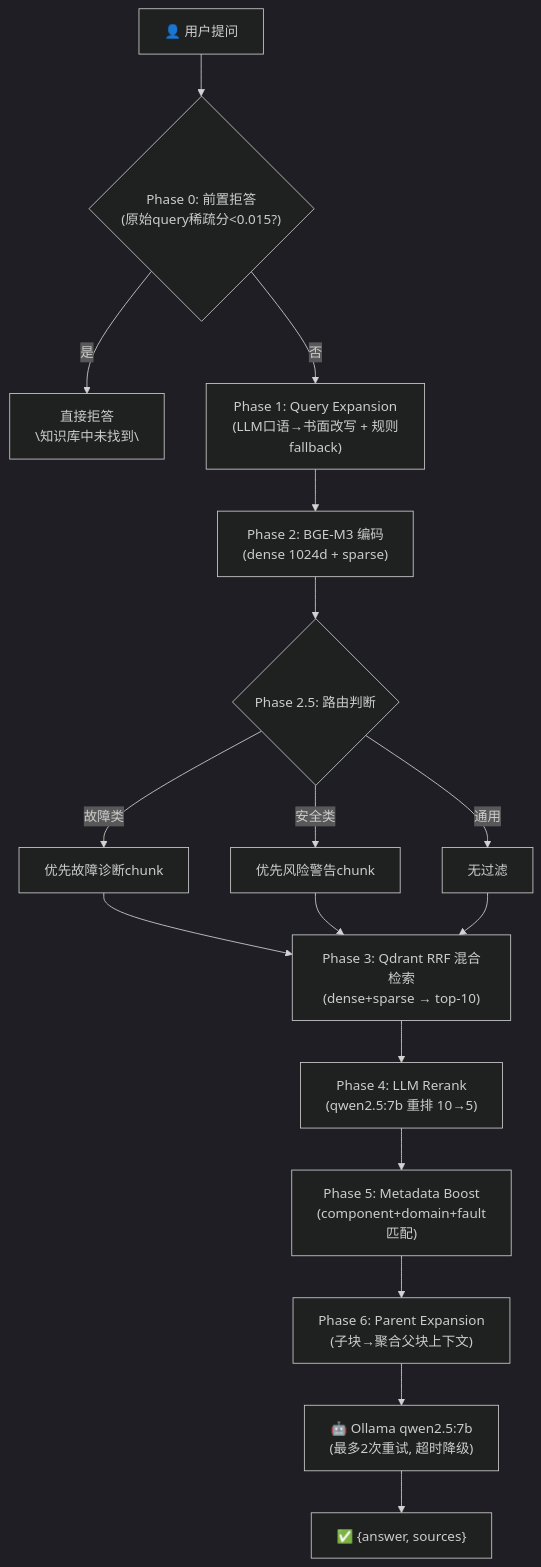
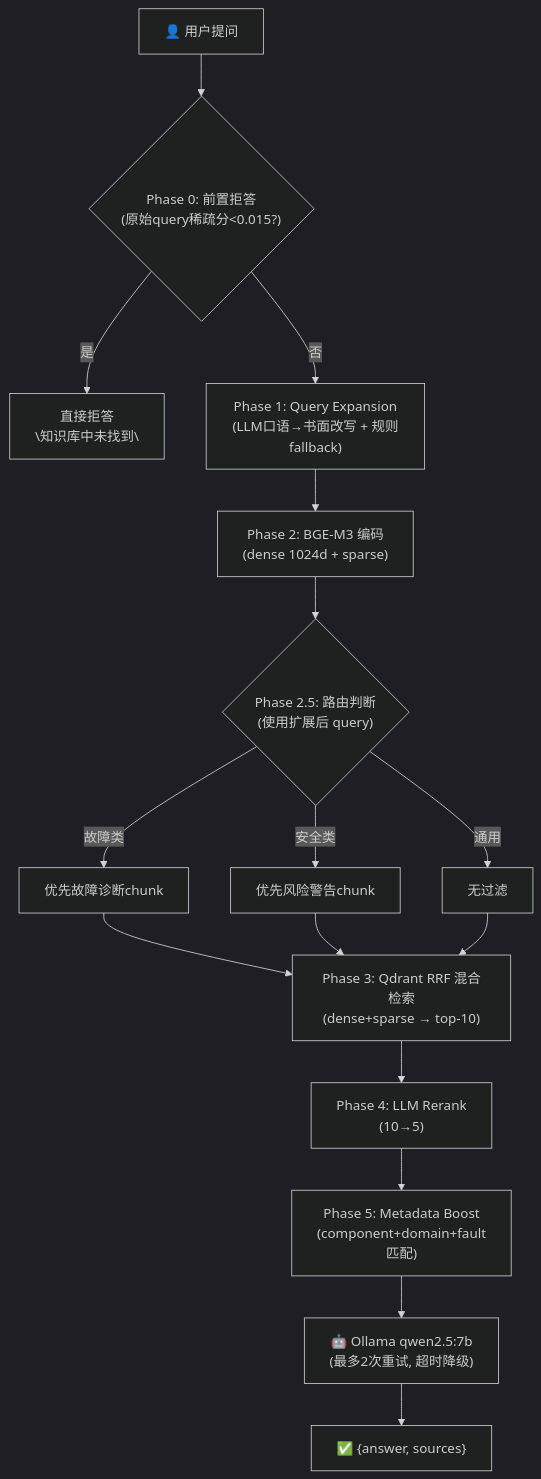
One commit to chaoyongmingyue/ebike-manual-rag changed the second of 2 diagrams in README.md. Above: the diagram before and after it, drawn with Mermaid (dark theme). The commit also changed other lines of this file and 2 other files, not shown here.

First line of the commit message:
v6.2: Phase 0 in stream, remove Phase 6, route uses expanded query, README tech details, pipeline UI 7-stage

````diff
--- a/README.md
+++ b/README.md
@@ -30,19 +30,18 @@
 ```mermaid
 flowchart TD
     Q["👤 用户提问"] --> REJECT{"Phase 0: 前置拒答\n(原始query稀疏分<0.015?)"}
     REJECT -->|是| RJ["直接拒答\n\"知识库中未找到\""]
     REJECT -->|否| QEXP["Phase 1: Query Expansion\n(LLM口语→书面改写 + 规则fallback)"]
     QEXP --> ENC["Phase 2: BGE-M3 编码\n(dense 1024d + sparse)"]
-    ENC --> ROUTE{"Phase 2.5: 路由判断"}
+    ENC --> ROUTE{"Phase 2.5: 路由判断\n(使用扩展后 query)"}
     ROUTE -->|故障类| FAULT["优先故障诊断chunk"]
     ROUTE -->|安全类| SAFE["优先风险警告chunk"]
     ROUTE -->|通用| GENROUTE["无过滤"]
     FAULT --> SEARCH["Phase 3: Qdrant RRF 混合检索\n(dense+sparse → top-10)"]
     SAFE --> SEARCH
     GENROUTE --> SEARCH
-    SEARCH --> RERANK["Phase 4: LLM Rerank\n(qwen2.5:7b 重排 10→5)"]
+    SEARCH --> RERANK["Phase 4: LLM Rerank\n(10→5)"]
     RERANK --> BOOST["Phase 5: Metadata Boost\n(component+domain+fault匹配)"]
-    BOOST --> PARENT["Phase 6: Parent Expansion\n(子块→聚合父块上下文)"]
-    PARENT --> GEN["🤖 Ollama qwen2.5:7b\n(最多2次重试, 超时降级)"]
+    BOOST --> GEN["🤖 Ollama qwen2.5:7b\n(最多2次重试, 超时降级)"]
     GEN --> ANS["✅ {answer, sources}"]
 ```
````
